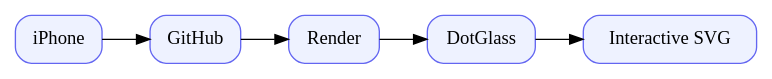
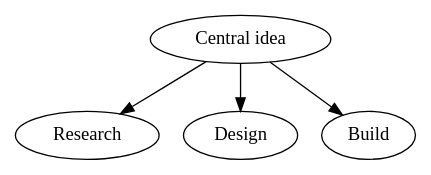
One commit to JigSawPu/dot-graph-viewer changed the diagram in sample.dot. Above: the diagram before and after it, drawn with Graphviz. The commit also changed 5 other files, not shown here.

```diff
--- a/sample.dot
+++ b/sample.dot
@@ -1,6 +1,9 @@
-digraph G {
-  rankdir=LR;
-  node [shape=box, style="rounded,filled", fillcolor="#eef2ff", color="#6366f1"];
-  iPhone -> GitHub -> Render -> DotGlass;
-  DotGlass -> "Interactive SVG";
+digraph Project {
+  idea [label="Central idea", shape=ellipse, fillcolor="#7b88ff"];
+  research [label="Research"];
+  design [label="Design"];
+  build [label="Build"];
+  idea -> research;
+  idea -> design;
+  idea -> build;
 }
```
